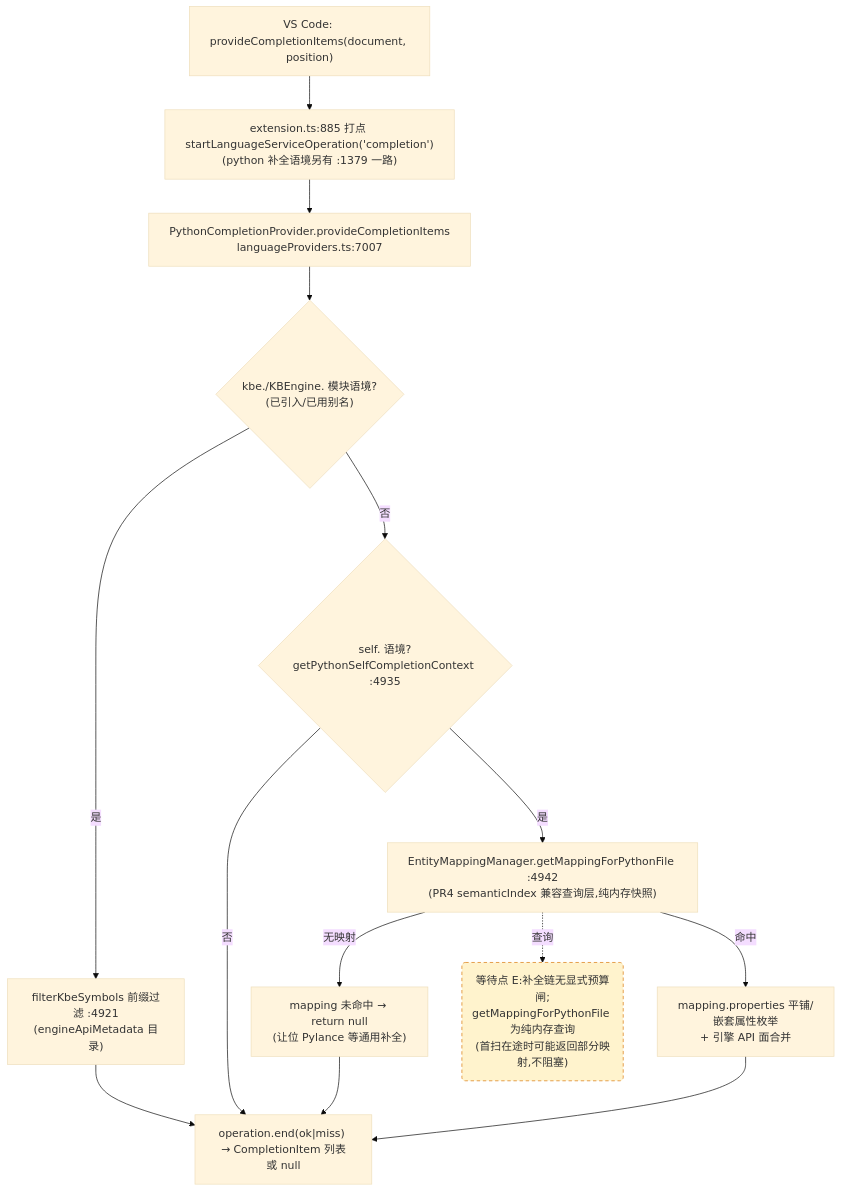
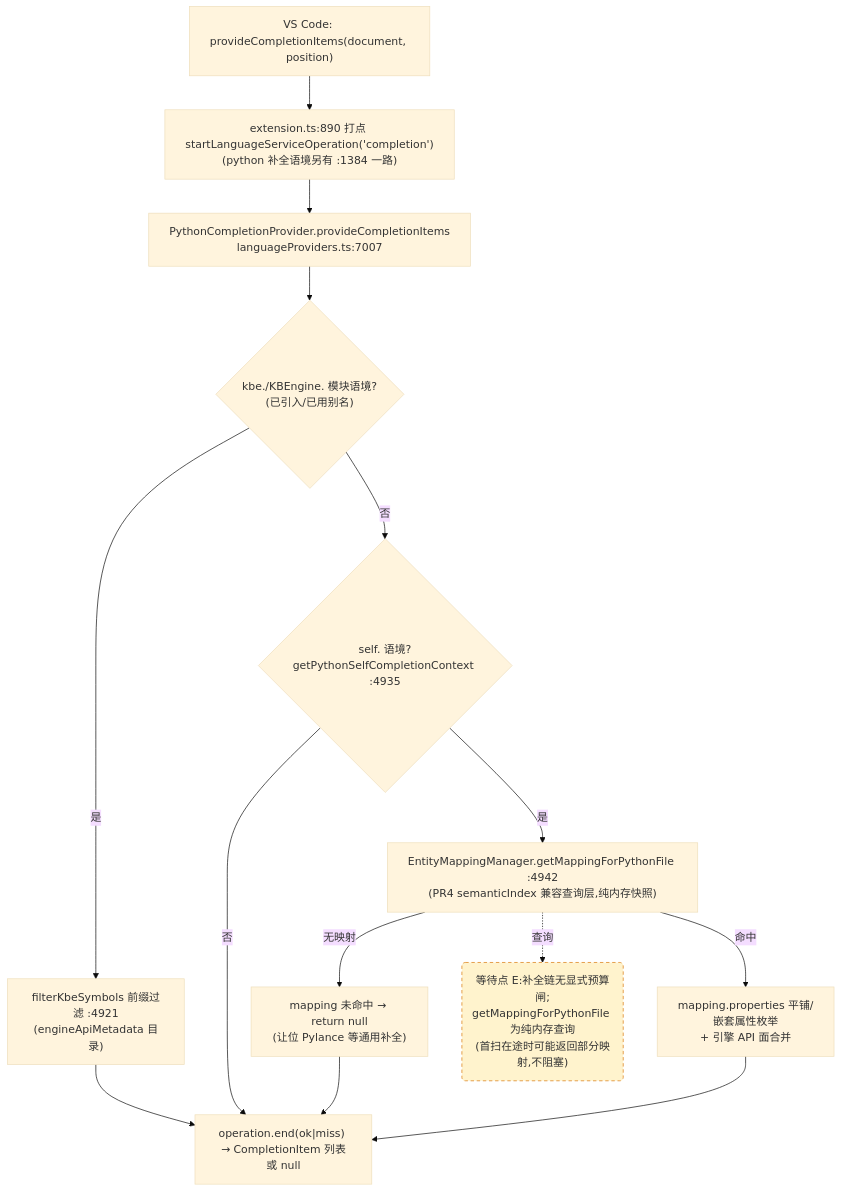
The third of 4 diagrams in docs/perf/2026-baseline.md (cuihairu/kode), drawn with Mermaid (base theme) before and after one commit. The commit also changed other lines of this file and 11 other files, not shown here.

````diff
--- a/docs/perf/2026-baseline.md
+++ b/docs/perf/2026-baseline.md
@@ -184,27 +184,27 @@
 ```mermaid
 flowchart TD
   VC3["VS Code: provideCompletionItems(document, position)"]
-  M3["extension.ts:885 打点 startLanguageServiceOperation('completion')<br/>(python 补全语境另有 :1379 一路)"]
+  M3["extension.ts:890 打点 startLanguageServiceOperation('completion')<br/>(python 补全语境另有 :1384 一路)"]
   CP["PythonCompletionProvider.provideCompletionItems<br/>languageProviders.ts:7007"]
   KBEC{"kbe./KBEngine. 模块语境?<br/>(已引入/已用别名)"}
   FILTER["filterKbeSymbols 前缀过滤 :4921<br/>(engineApiMetadata 目录)"]
   SELFC{"self. 语境?<br/>getPythonSelfCompletionContext :4935"}
   MAP["EntityMappingManager.getMappingForPythonFile :4942<br/>(PR4 semanticIndex 兼容查询层,纯内存快照)"]
   NOMAP["mapping 未命中 → return null<br/>(让位 Pylance 等通用补全)"]
   PROPS["mapping.properties 平铺/嵌套属性枚举<br/>+ 引擎 API 面合并"]
   END3["operation.end(ok|miss) → CompletionItem 列表或 null"]
 
   VC3 --> M3 --> CP --> KBEC
   KBEC -- "是" --> FILTER --> END3
   KBEC -- "否" --> SELFC
   SELFC -- "否" --> END3
   SELFC -- "是" --> MAP
   MAP -- "无映射" --> NOMAP --> END3
   MAP -- "命中" --> PROPS --> END3
 
   WAITE("等待点 E:补全链无显式预算闸;<br/>getMappingForPythonFile 为纯内存查询<br/>(首扫在途时可能返回部分映射,不阻塞)")
   MAP -.->|查询| WAITE
 
   classDef waitPoint fill:#fff3cd,stroke:#d97706,stroke-dasharray:5 4;
   class WAITE waitPoint;
 ```
````
